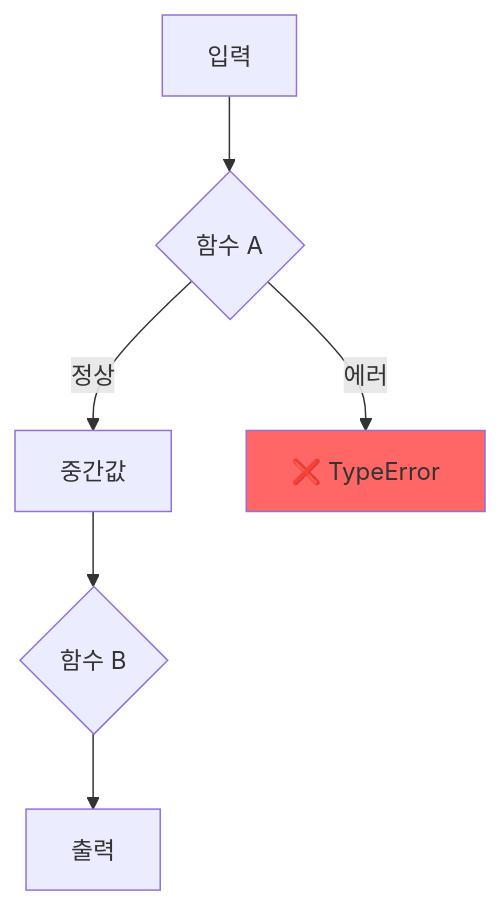
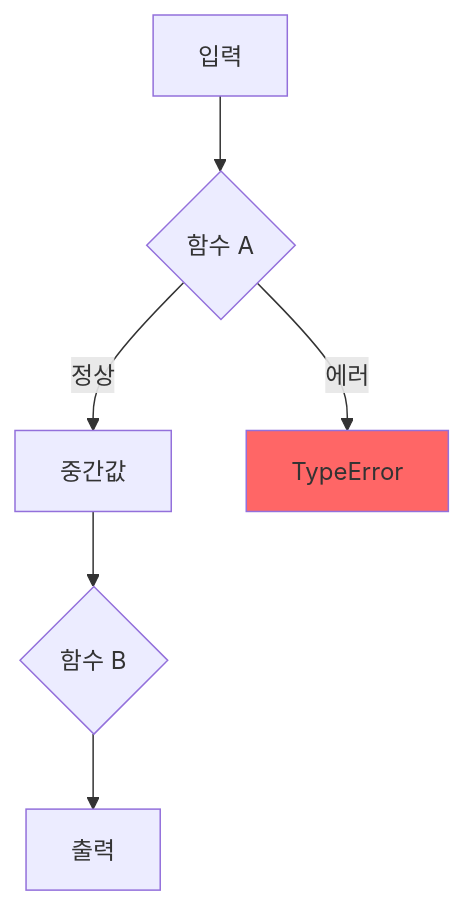
One commit to bernakilljos/orchestration changed the diagram in plugins/review_qa/skills/skill-17-debugging-canvas.md. Above: the diagram before and after it, drawn with Mermaid. The commit also changed 426 other files, not shown here.

````diff
--- a/plugins/review_qa/skills/skill-17-debugging-canvas.md
+++ b/plugins/review_qa/skills/skill-17-debugging-canvas.md
@@ -22,9 +22,9 @@
 ```mermaid
 graph TD
   A[입력] --> B{함수 A}
   B -->|정상| C[중간값]
-  B -->|에러| D[❌ TypeError]
+  B -->|에러| D[ TypeError]
   C --> E{함수 B}
   E --> F[출력]
   style D fill:#ff6666
 ```
````
